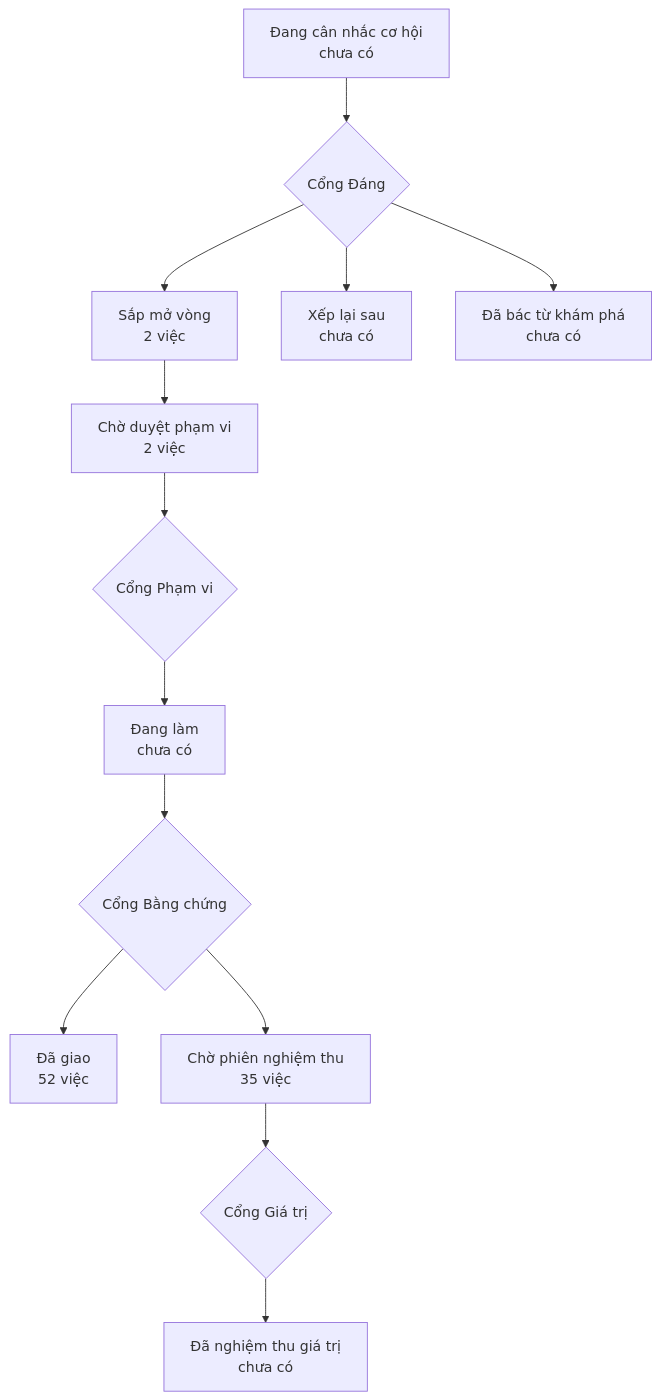
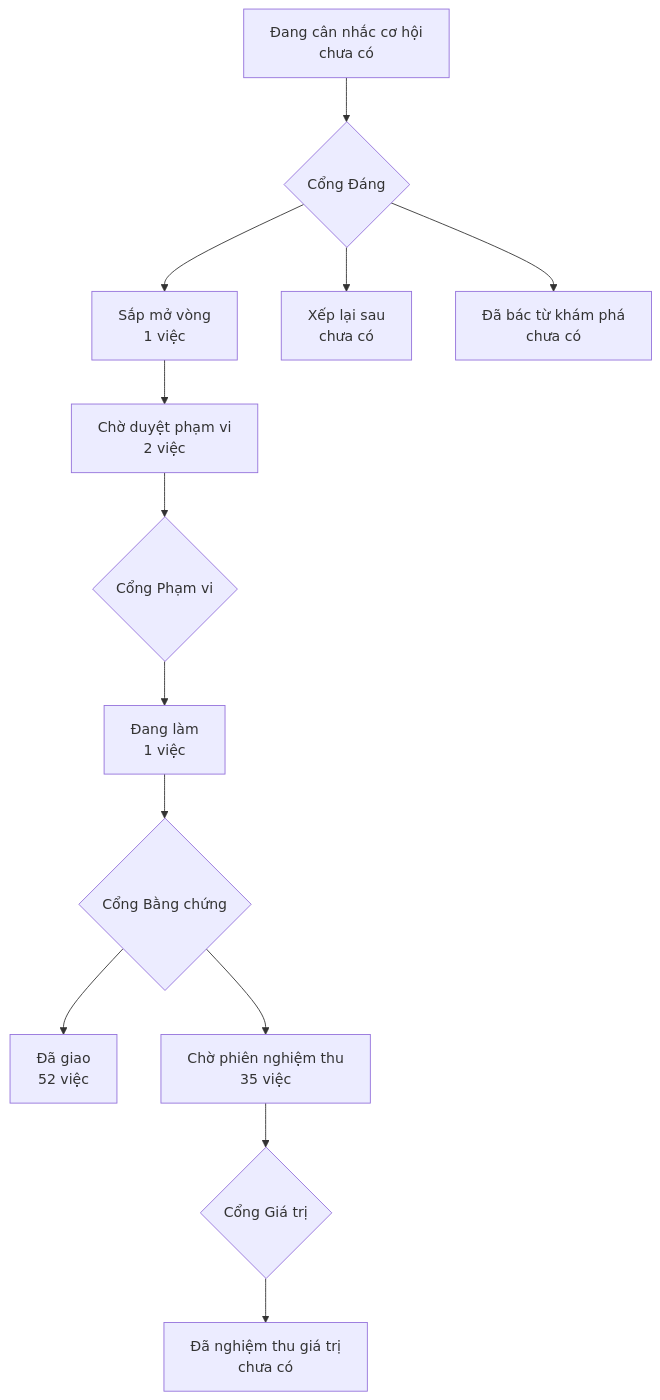
Before and after one commit to phanlemanh/onehub-invest: the diagram in PRODUCT-MAP.md, drawn with Mermaid. The commit also changed other lines of this file and 3 other files, not shown here.

````diff
--- a/PRODUCT-MAP.md
+++ b/PRODUCT-MAP.md
@@ -7,12 +7,12 @@
 ```mermaid
 flowchart TD
   A["Đang cân nhắc cơ hội<br/>chưa có"] --> GD{"Cổng Đáng"}
-  GD --> B["Sắp mở vòng<br/>2 việc"]
+  GD --> B["Sắp mở vòng<br/>1 việc"]
   GD --> XL["Xếp lại sau<br/>chưa có"]
   GD --> DB["Đã bác từ khám phá<br/>chưa có"]
   B --> CD["Chờ duyệt phạm vi<br/>2 việc"] --> GP{"Cổng Phạm vi"}
-  GP --> DL["Đang làm<br/>chưa có"] --> GB{"Cổng Bằng chứng"}
+  GP --> DL["Đang làm<br/>1 việc"] --> GB{"Cổng Bằng chứng"}
   GB --> DG["Đã giao<br/>52 việc"]
   GB --> CN["Chờ phiên nghiệm thu<br/>35 việc"] --> GG{"Cổng Giá trị"}
   GG --> NT["Đã nghiệm thu giá trị<br/>chưa có"]
 ```
````
